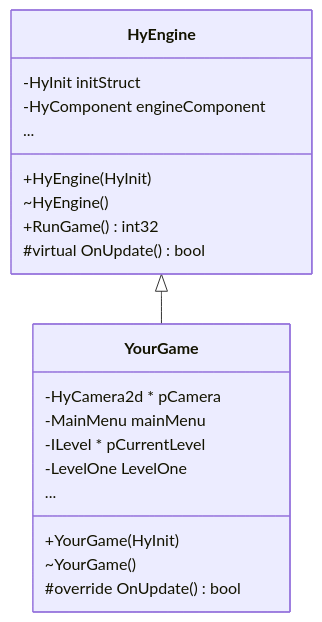
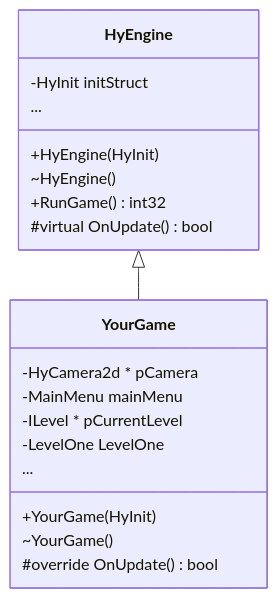
The first of 2 diagrams in mkdocs/docs/programming/index.md (GameOverture/HyWebsite), drawn with Mermaid before and after one commit. The commit also changed other lines of this file and 5 other files, not shown here.

````diff
--- a/mkdocs/docs/programming/index.md
+++ b/mkdocs/docs/programming/index.md
@@ -10,23 +10,22 @@
 ``` mermaid
 classDiagram
   HyEngine <|-- YourGame
   class HyEngine{
     -HyInit initStruct
-    -HyComponent engineComponent
     ...
     +HyEngine(HyInit)
     ~HyEngine()
     +RunGame() int32
     #virtual OnUpdate() bool
   }
   class YourGame{
     -HyCamera2d * pCamera
     -MainMenu mainMenu
     -ILevel * pCurrentLevel
     -LevelOne LevelOne
     ...
     +YourGame(HyInit)
     ~YourGame()
     #override OnUpdate() bool
   }
 ```
````
